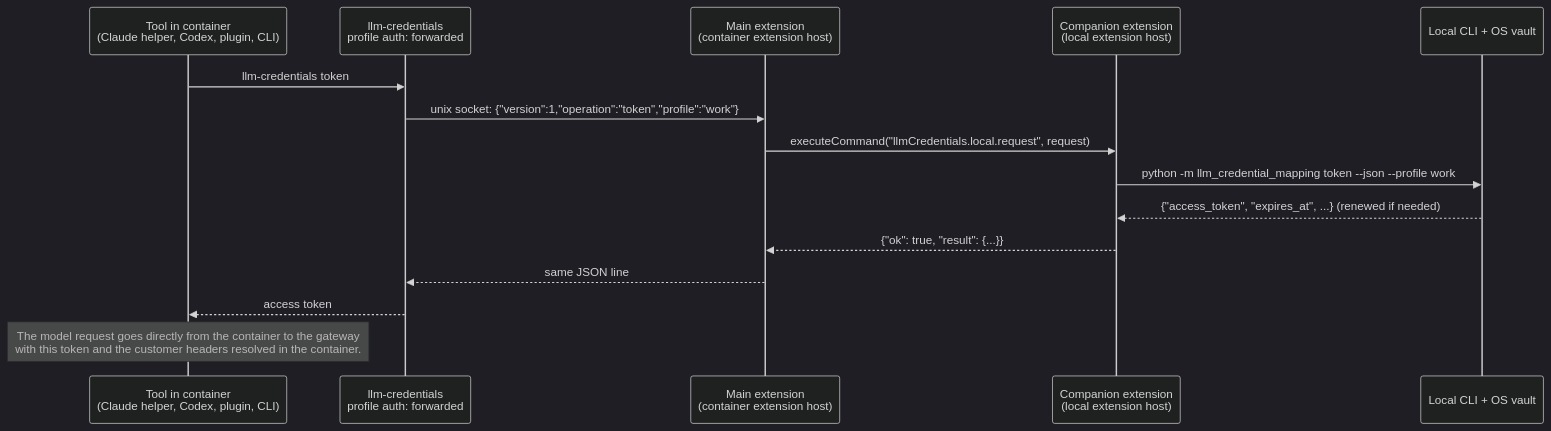
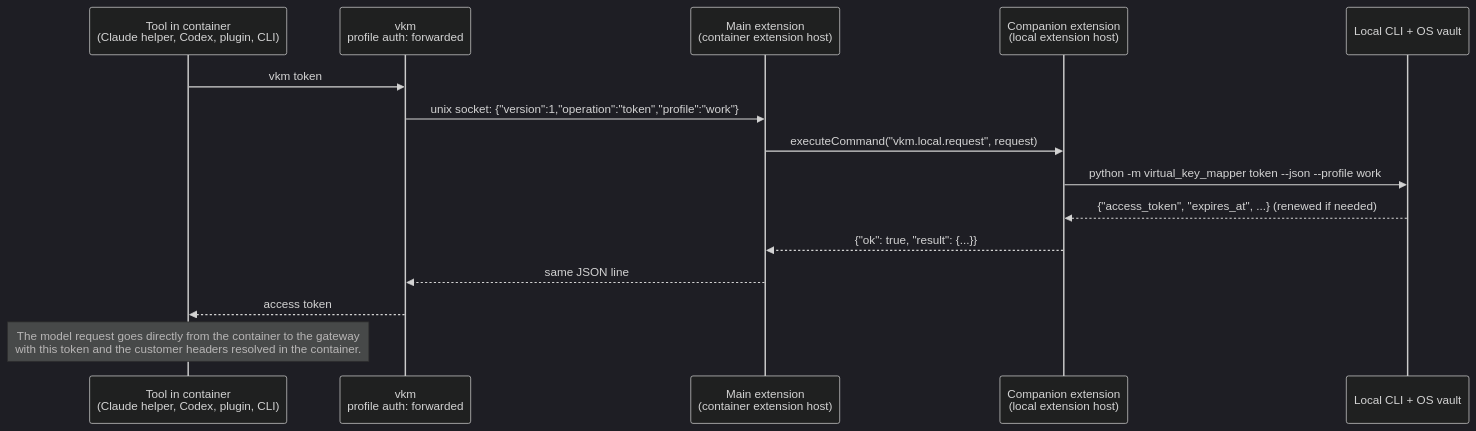
Before and after one commit to MarvinWeitz/llm-credential-mapping: the first of 2 diagrams in docs/architecture.md, drawn with Mermaid (dark theme). The commit also changed other lines of this file and 84 other files, not shown here.

First line of the commit message:
Rename to Virtual Key Mapper: package virtual_key_mapper, CLI vkm

````diff
--- a/docs/architecture.md
+++ b/docs/architecture.md
@@ -271,17 +271,17 @@
 ```mermaid
 sequenceDiagram
     participant Tool as Tool in container<br/>(Claude helper, Codex, plugin, CLI)
-    participant CLI as llm-credentials<br/>profile auth: forwarded
+    participant CLI as vkm<br/>profile auth: forwarded
     participant Relay as Main extension<br/>(container extension host)
     participant Local as Companion extension<br/>(local extension host)
     participant LCLI as Local CLI + OS vault
-    Tool->>CLI: llm-credentials token
+    Tool->>CLI: vkm token
     CLI->>Relay: unix socket: {"version":1,"operation":"token","profile":"work"}
-    Relay->>Local: executeCommand("llmCredentials.local.request", request)
-    Local->>LCLI: python -m llm_credential_mapping token --json --profile work
+    Relay->>Local: executeCommand("vkm.local.request", request)
+    Local->>LCLI: python -m virtual_key_mapper token --json --profile work
     LCLI-->>Local: {"access_token", "expires_at", ...} (renewed if needed)
     Local-->>Relay: {"ok": true, "result": {...}}
     Relay-->>CLI: same JSON line
     CLI-->>Tool: access token
     Note over Tool: The model request goes directly from the container to the gateway<br/>with this token and the customer headers resolved in the container.
 ```
````
